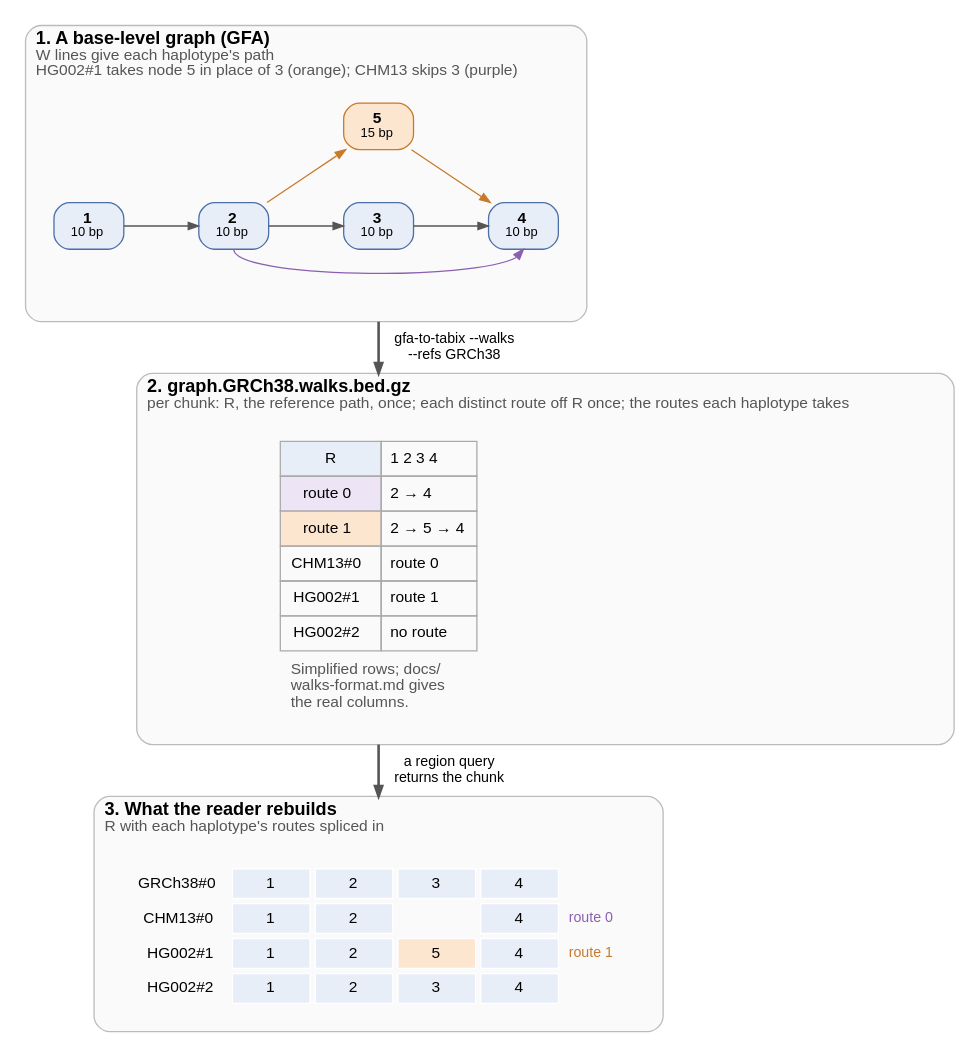
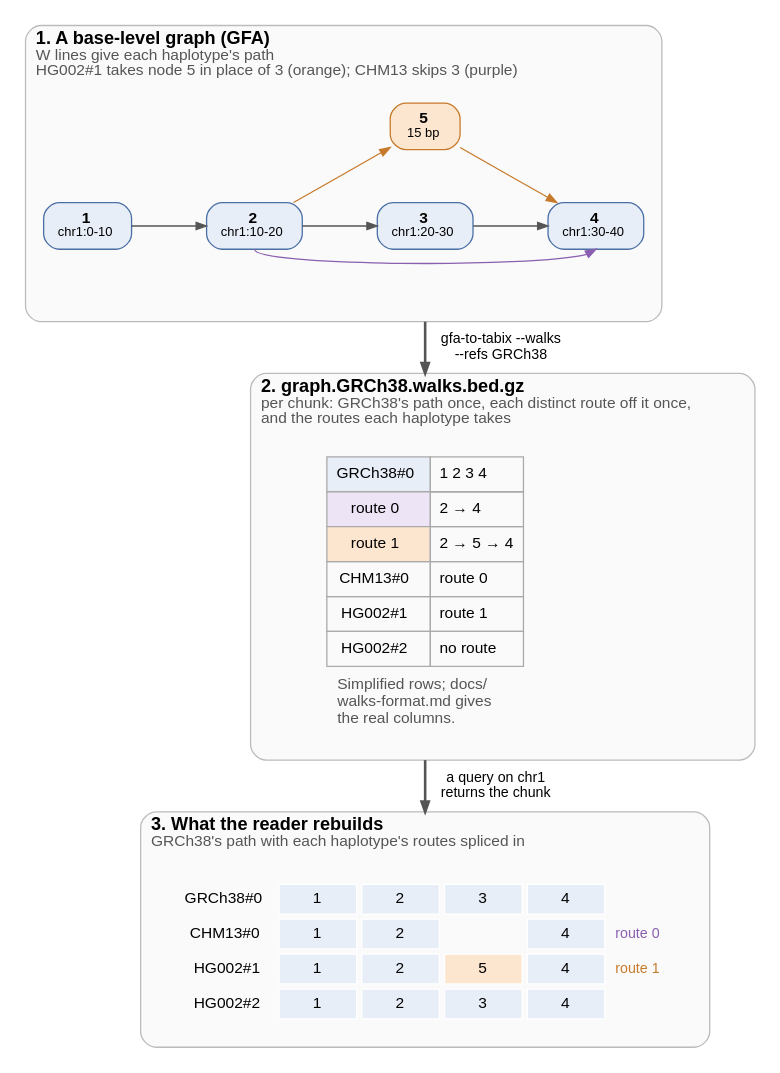
Before and after one commit to GMOD/gfa-to-tabix: the diagram in docs/figures/walks.dot, drawn with Graphviz. The commit also changed 4 other files, not shown here.

First line of the commit message:
Walks figures: place GRCh38's nodes on chr1, drop R from the README one

```diff
--- a/docs/figures/walks.dot
+++ b/docs/figures/walks.dot
@@ -1,70 +1,70 @@
 // scripts/figures.py fills the marked rows from the tool's output and draws this figure
 digraph walks {
   bgcolor="white"
   fontname="Helvetica"
   newrank=true
   compound=true
   nodesep=0.4
   ranksep=0.55
   node [fontname="Helvetica", fontsize=12, shape=box, style="filled,rounded", fillcolor="#e8eef7", color="#4a6fa5", margin="0.15,0.06"]
   edge [fontname="Helvetica", fontsize=11, color="#555555", arrowsize=0.8]
 
   subgraph {
     graph [labeljust=l, fontsize=14, color="#bbbbbb", style="rounded,filled", fillcolor="#fafafa", margin=14]
 
     subgraph cluster_graph {
       label=<<B>1. A base-level graph (GFA)</B><BR ALIGN="LEFT"/><FONT POINT-SIZE="12" COLOR="#555555">W lines give each haplotype's path</FONT><BR ALIGN="LEFT"/><FONT POINT-SIZE="12" COLOR="#555555">HG002#1 takes node 5 in place of 3 (orange); CHM13 skips 3 (purple)</FONT><BR ALIGN="LEFT"/>>
       // begin graph
-      n1 [label=<<B>1</B><BR/><FONT POINT-SIZE="10">10 bp</FONT>>]
-      n2 [label=<<B>2</B><BR/><FONT POINT-SIZE="10">10 bp</FONT>>]
-      n3 [label=<<B>3</B><BR/><FONT POINT-SIZE="10">10 bp</FONT>>]
-      n4 [label=<<B>4</B><BR/><FONT POINT-SIZE="10">10 bp</FONT>>]
+      n1 [label=<<B>1</B><BR/><FONT POINT-SIZE="10">chr1:0-10</FONT>>]
+      n2 [label=<<B>2</B><BR/><FONT POINT-SIZE="10">chr1:10-20</FONT>>]
+      n3 [label=<<B>3</B><BR/><FONT POINT-SIZE="10">chr1:20-30</FONT>>]
+      n4 [label=<<B>4</B><BR/><FONT POINT-SIZE="10">chr1:30-40</FONT>>]
       n5 [label=<<B>5</B><BR/><FONT POINT-SIZE="10">15 bp</FONT>>, fillcolor="#fde6cf", color="#c77a2b"]
       {rank=same; n1; n2; n3; n4}
       n1 -> n2 [weight=20]
       n2 -> n3 [weight=20]
       n3 -> n4 [weight=20]
       n2 -> n5 [color="#c77a2b", constraint=false]
       n5 -> n4 [color="#c77a2b", constraint=false]
       n2:s -> n4:s [color="#8a5fb0", constraint=false]
       n5 -> n3 [style=invis, weight=20]
       nbelow [style=invis, label="", width=0, height=0]
       n3 -> nbelow [style=invis]
       // end graph
     }
 
     subgraph cluster_file {
-      label=<<B>2. graph.GRCh38.walks.bed.gz</B><BR ALIGN="LEFT"/><FONT POINT-SIZE="12" COLOR="#555555">per chunk: R, the reference path, once; each distinct route off R once; the routes each haplotype takes</FONT><BR ALIGN="LEFT"/>>
+      label=<<B>2. graph.GRCh38.walks.bed.gz</B><BR ALIGN="LEFT"/><FONT POINT-SIZE="12" COLOR="#555555">per chunk: GRCh38's path once, each distinct route off it once,</FONT><BR ALIGN="LEFT"/><FONT POINT-SIZE="12" COLOR="#555555">and the routes each haplotype takes</FONT><BR ALIGN="LEFT"/>>
       rows [shape=plaintext, style="", label=<
         <TABLE BORDER="0" CELLBORDER="0" CELLSPACING="0" CELLPADDING="0"><TR><TD><TABLE BORDER="0" CELLBORDER="1" CELLSPACING="0" CELLPADDING="6" COLOR="#aaaaaa">
           <!-- begin rows -->
-          <TR><TD BGCOLOR="#e8eef7">R</TD><TD ALIGN="LEFT">1 2 3 4</TD></TR>
+          <TR><TD BGCOLOR="#e8eef7">GRCh38#0</TD><TD ALIGN="LEFT">1 2 3 4</TD></TR>
           <TR><TD BGCOLOR="#ede4f5">route 0</TD><TD ALIGN="LEFT">2 → 4</TD></TR>
           <TR><TD BGCOLOR="#fde6cf">route 1</TD><TD ALIGN="LEFT">2 → 5 → 4</TD></TR>
           <TR><TD>CHM13#0</TD><TD ALIGN="LEFT">route 0</TD></TR>
           <TR><TD>HG002#1</TD><TD ALIGN="LEFT">route 1</TD></TR>
           <TR><TD>HG002#2</TD><TD ALIGN="LEFT">no route</TD></TR>
           <!-- end rows -->
         </TABLE></TD></TR>
         <TR><TD CELLPADDING="8" ALIGN="LEFT" BALIGN="LEFT"><FONT POINT-SIZE="12" COLOR="#555555">Simplified rows; docs/<BR/>walks-format.md gives<BR/>the real columns.</FONT></TD></TR></TABLE>>]
     }
 
     subgraph cluster_rebuilt {
-      label=<<B>3. What the reader rebuilds</B><BR ALIGN="LEFT"/><FONT POINT-SIZE="12" COLOR="#555555">R with each haplotype's routes spliced in</FONT><BR ALIGN="LEFT"/>>
+      label=<<B>3. What the reader rebuilds</B><BR ALIGN="LEFT"/><FONT POINT-SIZE="12" COLOR="#555555">GRCh38's path with each haplotype's routes spliced in</FONT><BR ALIGN="LEFT"/>>
       rebuilt [shape=plaintext, style="", label=<
         <TABLE BORDER="0" CELLBORDER="1" CELLSPACING="4" CELLPADDING="4" COLOR="#ffffff">
           <!-- begin rebuilt -->
           <TR><TD BORDER="0" ALIGN="RIGHT">GRCh38#0</TD><TD WIDTH="60" BGCOLOR="#e8eef7">1</TD><TD WIDTH="60" BGCOLOR="#e8eef7">2</TD><TD WIDTH="60" BGCOLOR="#e8eef7">3</TD><TD WIDTH="60" BGCOLOR="#e8eef7">4</TD><TD BORDER="0" ALIGN="LEFT"></TD></TR>
           <TR><TD BORDER="0" ALIGN="RIGHT">CHM13#0</TD><TD BGCOLOR="#e8eef7">1</TD><TD BGCOLOR="#e8eef7">2</TD><TD BORDER="0"></TD><TD BGCOLOR="#e8eef7">4</TD><TD BORDER="0" ALIGN="LEFT"><FONT POINT-SIZE="11" COLOR="#8a5fb0">route 0</FONT></TD></TR>
           <TR><TD BORDER="0" ALIGN="RIGHT">HG002#1</TD><TD BGCOLOR="#e8eef7">1</TD><TD BGCOLOR="#e8eef7">2</TD><TD BGCOLOR="#fde6cf">5</TD><TD BGCOLOR="#e8eef7">4</TD><TD BORDER="0" ALIGN="LEFT"><FONT POINT-SIZE="11" COLOR="#c77a2b">route 1</FONT></TD></TR>
           <TR><TD BORDER="0" ALIGN="RIGHT">HG002#2</TD><TD BGCOLOR="#e8eef7">1</TD><TD BGCOLOR="#e8eef7">2</TD><TD BGCOLOR="#e8eef7">3</TD><TD BGCOLOR="#e8eef7">4</TD><TD BORDER="0" ALIGN="LEFT"></TD></TR>
           <!-- end rebuilt -->
         </TABLE>>]
     }
   }
 
   // begin arrows
   nbelow -> rows [ltail=cluster_graph, lhead=cluster_file, label="  gfa-to-tabix --walks\n  --refs GRCh38", penwidth=2]
-  rows -> rebuilt [ltail=cluster_file, lhead=cluster_rebuilt, label="  a region query\n  returns the chunk", penwidth=2]
+  rows -> rebuilt [ltail=cluster_file, lhead=cluster_rebuilt, label="  a query on chr1\n  returns the chunk", penwidth=2]
   // end arrows
 }
```
